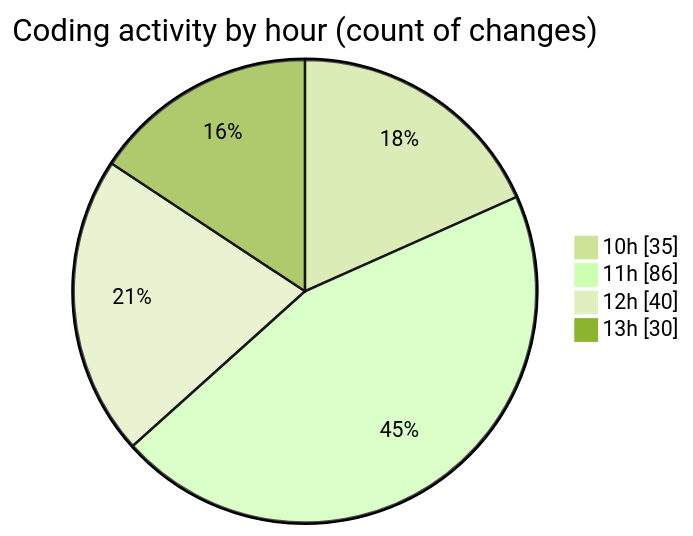
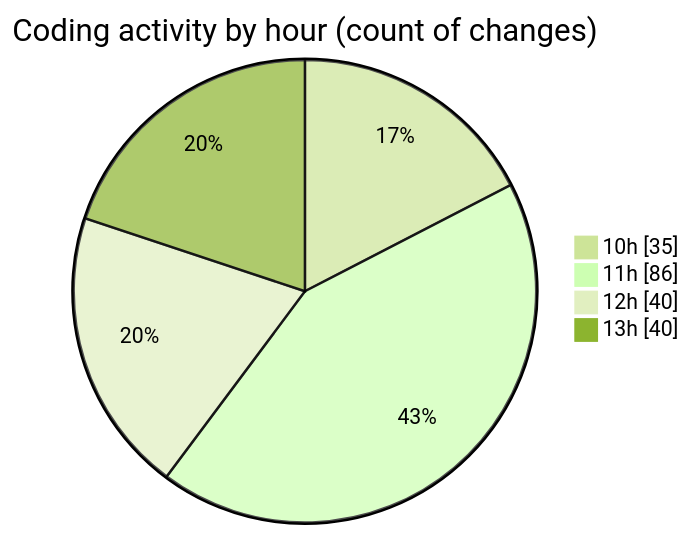
The second of 2 diagrams in 2025-03-28/cda/README.md (momahboobian/code-tracking), drawn with Mermaid (forest theme) before and after one commit. The commit also changed other lines of this file and 1 other file, not shown here.

````diff
--- a/2025-03-28/cda/README.md
+++ b/2025-03-28/cda/README.md
@@ -35,8 +35,8 @@
 ```mermaid
 pie showData
 title Coding activity by hour (count of changes)
 "10h" : 35
 "11h" : 86
 "12h" : 40
-"13h" : 30
+"13h" : 40
 ```
````
